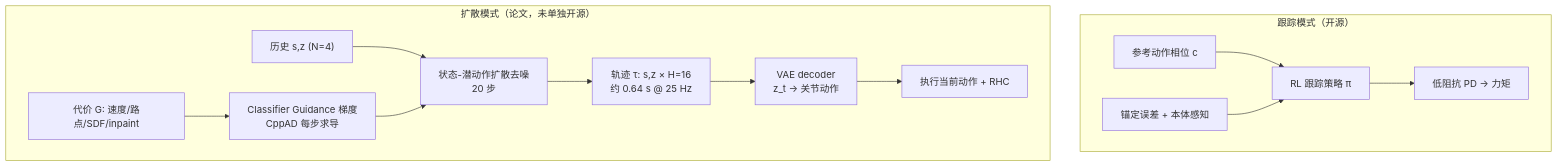
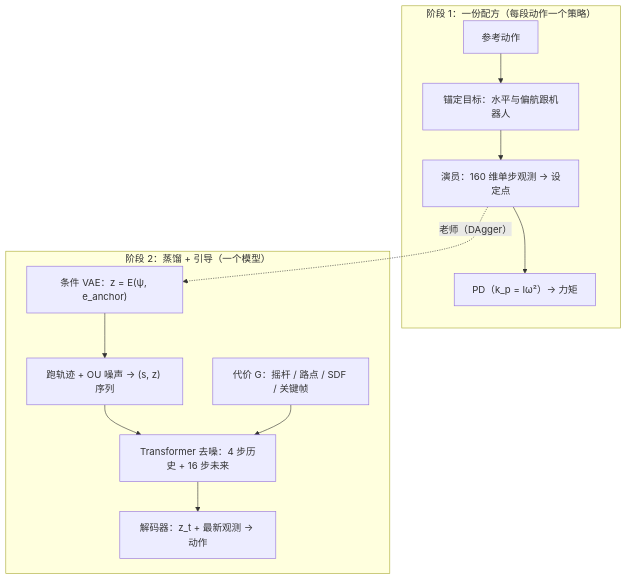
One commit to ImChong/Robot_Learning_Paper_Notebooks changed the second of 2 diagrams in papers/01_Foundational_RL/BeyondMimic/BeyondMimic.md. Above: the diagram before and after it, drawn with Mermaid. The commit also changed other lines of this file and 15 other files, not shown here.

```diff
--- a/papers/01_Foundational_RL/BeyondMimic/BeyondMimic.md
+++ b/papers/01_Foundational_RL/BeyondMimic/BeyondMimic.md
@@ -407,16 +404,15 @@
 <div class="mermaid">
 flowchart TB
-    subgraph track["跟踪模式（开源）"]
-        Ref["参考动作相位 c"] --> Pol["RL 跟踪策略 π"]
-        Obs1["锚定误差 + 本体感知"] --> Pol
-        Pol --> PD["低阻抗 PD → 力矩"]
+    subgraph S1["阶段 1：一份配方（每段动作一个策略）"]
+        Ref["参考动作"] --> Anc["锚定目标：水平与偏航跟机器人"]
+        Anc --> Pol["演员：160 维单步观测 → 设定点"]
+        Pol --> PD["PD（k_p = Iω²）→ 力矩"]
     end
-    subgraph diff["扩散模式（论文，未单独开源）"]
-        Hist["历史 s,z (N=4)"] --> Denoise["状态-潜动作扩散去噪<br/>20 步"]
-        Denoise --> Tau["轨迹 τ: s,z × H=16<br/>约 0.64 s @ 25 Hz"]
-        Cost["代价 G: 速度/路点/SDF/inpaint"] --> Guide["Classifier Guidance 梯度<br/>CppAD 每步求导"]
-        Guide --> Denoise
-        Tau --> Dec["VAE decoder<br/>z_t → 关节动作"]
-        Dec --> Exec["执行当前动作 + RHC"]
+    subgraph S2["阶段 2：蒸馏 + 引导（一个模型）"]
+        Pol -. "老师（DAgger）" .-> V["条件 VAE：z = E(ψ, e_anchor)"]
+        V --> Data["跑轨迹 + OU 噪声 → (s, z) 序列"]
+        Data --> D["Transformer 去噪：4 步历史 + 16 步未来"]
+        G["代价 G：摇杆 / 路点 / SDF / 关键帧"] --> D
+        D --> Dec["解码器：z_t + 最新观测 → 动作"]
     end
 </div>
```
